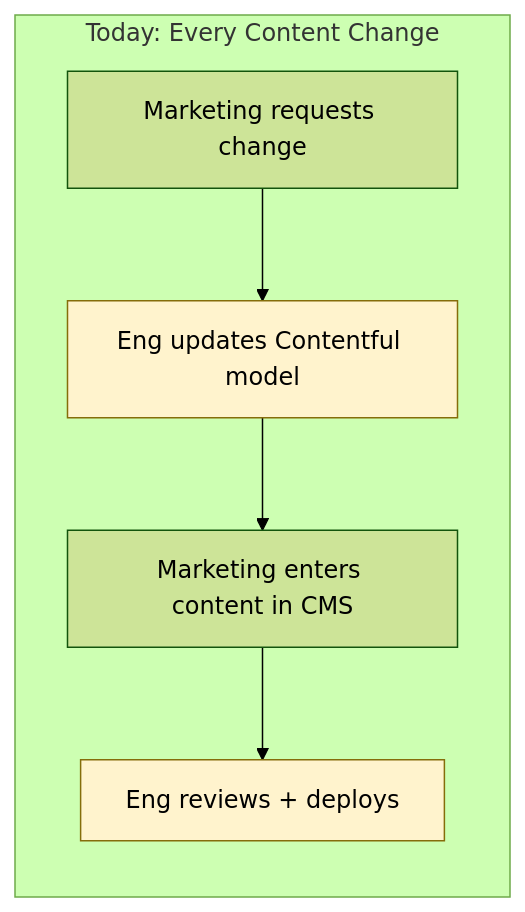
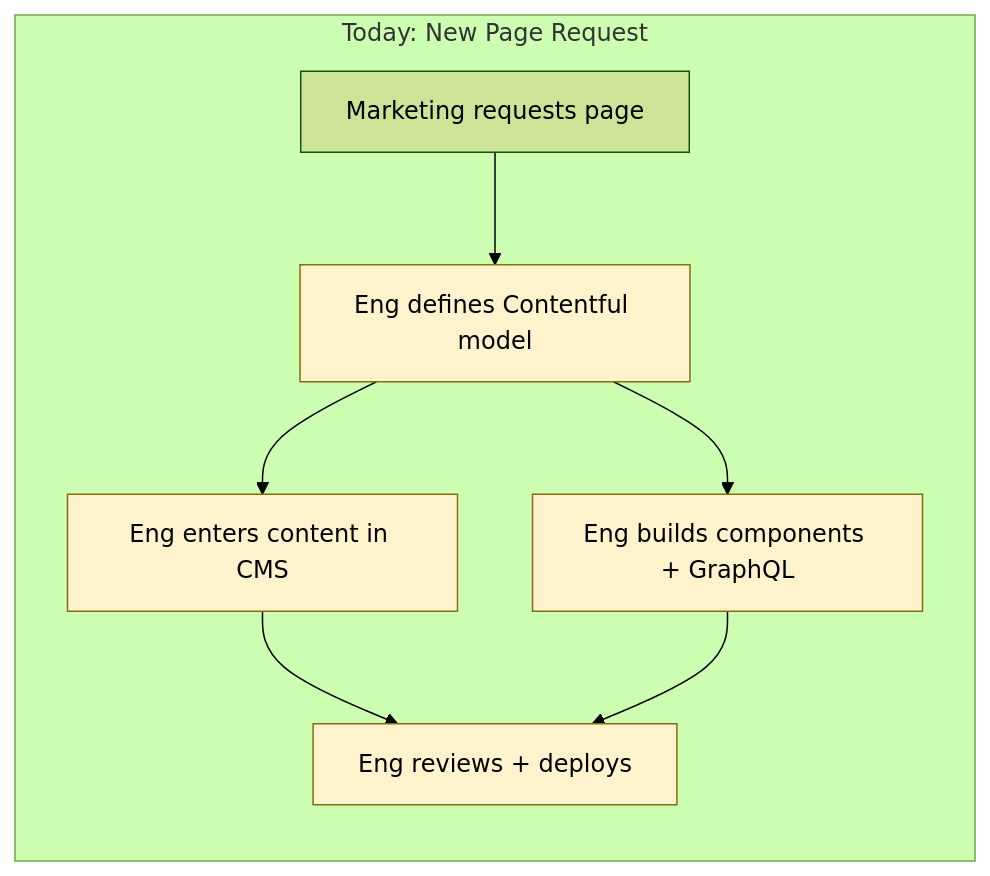
One commit to phil-inc/phil-us-contentful changed the first of 10 diagrams in docs/proposal-remove-contentful.md. Above: the diagram before and after it, drawn with Mermaid (forest theme). The commit also changed other lines of this file, not shown here.

First line of the commit message:
docs: fix before/after diagrams and clarify eng owns Contentful pipeline

````diff
--- a/docs/proposal-remove-contentful.md
+++ b/docs/proposal-remove-contentful.md
@@ -19,11 +19,15 @@
 ```mermaid
 flowchart LR
-    subgraph today["Today: Every Content Change"]
-        M[Marketing requests change] --> E[Eng updates Contentful model]
-        E --> C[Marketing enters content in CMS]
-        C --> R[Eng reviews + deploys]
+    subgraph today["Today: New Page Request"]
+        M[Marketing requests page] --> E1[Eng defines Contentful model]
+        E1 --> E2[Eng enters content in CMS]
+        E1 --> E3[Eng builds components + GraphQL]
+        E2 --> E4[Eng reviews + deploys]
+        E3 --> E4
     end
 
-    style E fill:#fff3cd,stroke:#856d0a
-    style R fill:#fff3cd,stroke:#856d0a
+    style E1 fill:#fff3cd,stroke:#856d0a
+    style E2 fill:#fff3cd,stroke:#856d0a
+    style E3 fill:#fff3cd,stroke:#856d0a
+    style E4 fill:#fff3cd,stroke:#856d0a
 ```
````
